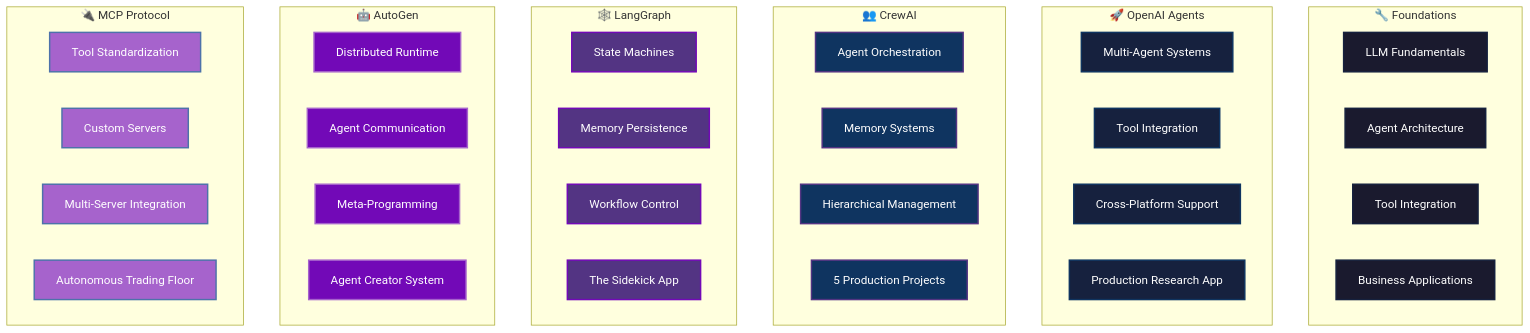
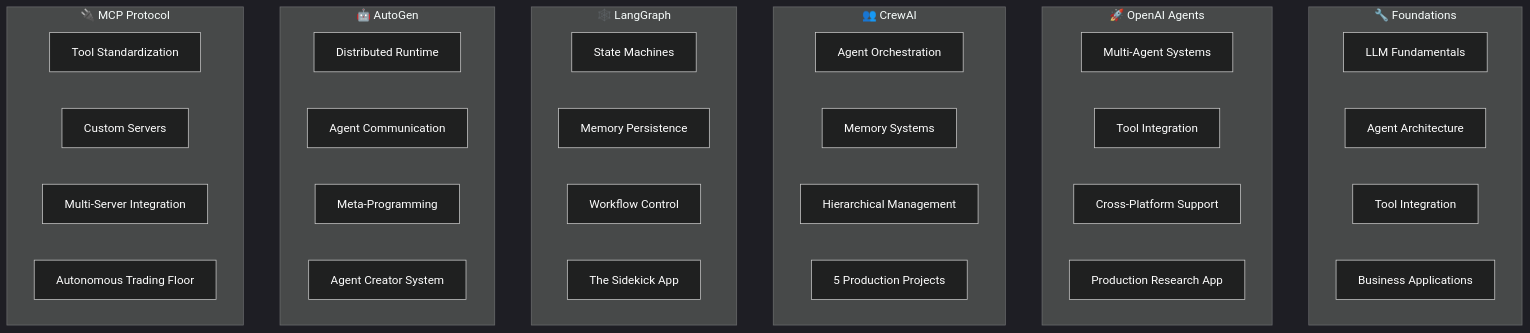
One commit to Jai-Keshav-Sharma/Agentic-AI-Frameworks changed the second of 5 diagrams in README.md. Above: the diagram before and after it, drawn with Mermaid. The commit also changed other lines of this file, not shown here.

````diff
--- a/README.md
+++ b/README.md
@@ -123,58 +103,45 @@
 ```mermaid
+%%{init: {'theme':'dark', 'themeVariables': {'primaryColor': '#4CAF50', 'primaryTextColor': '#ffffff', 'primaryBorderColor': '#4CAF50', 'lineColor': '#ffffff', 'sectionBkColor': '#1e1e1e', 'altSectionBkColor': '#2d2d2d', 'gridColor': '#404040', 'textColor': '#ffffff', 'taskBkColor': '#404040', 'taskTextColor': '#ffffff', 'taskTextLightColor': '#ffffff', 'taskTextOutsideColor': '#ffffff', 'activeTaskBkColor': '#4CAF50', 'activeTaskBorderColor': '#4CAF50'}}}%%
 graph TB
     subgraph "🔧 Foundations"
         A1[LLM Fundamentals]
         A2[Agent Architecture]
         A3[Tool Integration]
         A4[Business Applications]
     end
     
     subgraph "🚀 OpenAI Agents"
         B1[Multi-Agent Systems]
         B2[Tool Integration]
         B3[Cross-Platform Support]
         B4[Production Research App]
     end
     
     subgraph "👥 CrewAI"
         C1[Agent Orchestration]
         C2[Memory Systems]  
         C3[Hierarchical Management]
         C4[5 Production Projects]
     end
     
     subgraph "🕸️ LangGraph"
         D1[State Machines]
         D2[Memory Persistence]
         D3[Workflow Control]
         D4[The Sidekick App]
     end
     
     subgraph "🤖 AutoGen"
         E1[Distributed Runtime]
         E2[Agent Communication]
         E3[Meta-Programming]
         E4[Agent Creator System]
     end
     
     subgraph "🔌 MCP Protocol"
         F1[Tool Standardization]
         F2[Custom Servers]
         F3[Multi-Server Integration]
         F4[Autonomous Trading Floor]
     end
-    
-    classDef foundations fill:#1a1a2e,stroke:#16213e,stroke-width:2px,color:#ffffff
-    classDef openai fill:#16213e,stroke:#0f3460,stroke-width:2px,color:#ffffff
-    classDef crew fill:#0f3460,stroke:#533483,stroke-width:2px,color:#ffffff
-    classDef langgraph fill:#533483,stroke:#7209b7,stroke-width:2px,color:#ffffff
-    classDef autogen fill:#7209b7,stroke:#a663cc,stroke-width:2px,color:#ffffff
-    classDef mcp fill:#a663cc,stroke:#4d72aa,stroke-width:2px,color:#ffffff
-    
-    class A1,A2,A3,A4 foundations
-    class B1,B2,B3,B4 openai
-    class C1,C2,C3,C4 crew
-    class D1,D2,D3,D4 langgraph
-    class E1,E2,E3,E4 autogen
-    class F1,F2,F3,F4 mcp
 ```
````
